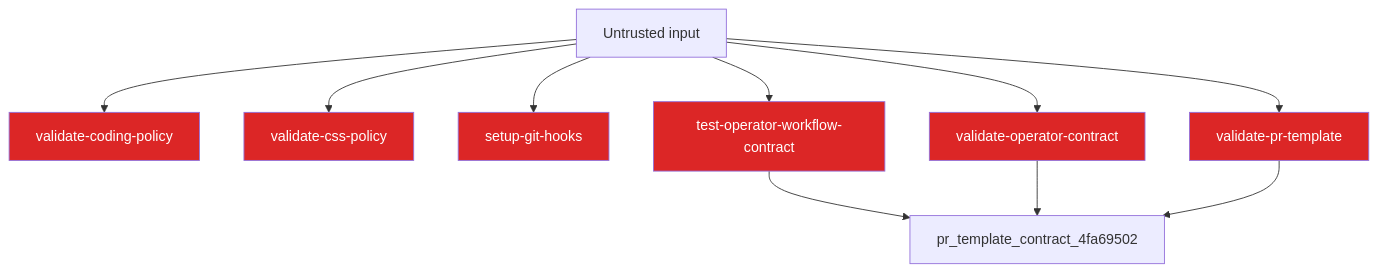
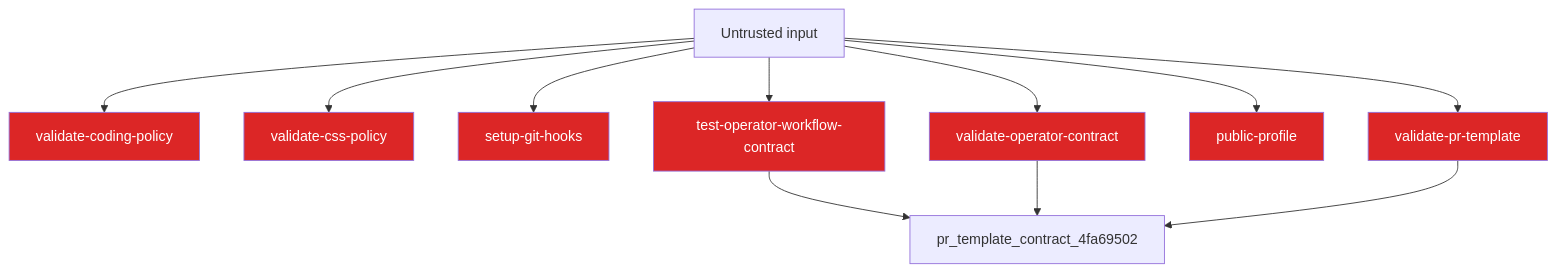
Before and after one commit to jscraik/websites: the diagram in .diagram/security.mmd, drawn with Mermaid. The commit also changed 33 other files, not shown here.

```diff
--- a/.diagram/security.mmd
+++ b/.diagram/security.mmd
@@ -1,19 +1,21 @@
 flowchart TD
   Untrusted["Untrusted input"]
   validate_coding_policy_29976175["validate-coding-policy"]
   Untrusted --> validate_coding_policy_29976175
   validate_css_policy_1c5ec854["validate-css-policy"]
   Untrusted --> validate_css_policy_1c5ec854
   setup_git_hooks_70750d40["setup-git-hooks"]
   Untrusted --> setup_git_hooks_70750d40
   test_operator_workflow_contract_b4a152d7["test-operator-workflow-contract"]
   Untrusted --> test_operator_workflow_contract_b4a152d7
   validate_operator_contract_f777ed78["validate-operator-contract"]
   Untrusted --> validate_operator_contract_f777ed78
+  public_profile_d85f919e["public-profile"]
+  Untrusted --> public_profile_d85f919e
   validate_pr_template_1fc39e13["validate-pr-template"]
   Untrusted --> validate_pr_template_1fc39e13
   test_operator_workflow_contract_b4a152d7 --> pr_template_contract_4fa69502
   validate_operator_contract_f777ed78 --> pr_template_contract_4fa69502
   validate_pr_template_1fc39e13 --> pr_template_contract_4fa69502
   classDef securityNode fill:#dc2626,color:#fff
-  class validate_coding_policy_29976175,validate_css_policy_1c5ec854,setup_git_hooks_70750d40,test_operator_workflow_contract_b4a152d7,validate_operator_contract_f777ed78,validate_pr_template_1fc39e13 securityNode
+  class validate_coding_policy_29976175,validate_css_policy_1c5ec854,setup_git_hooks_70750d40,test_operator_workflow_contract_b4a152d7,validate_operator_contract_f777ed78,public_profile_d85f919e,validate_pr_template_1fc39e13 securityNode
```
